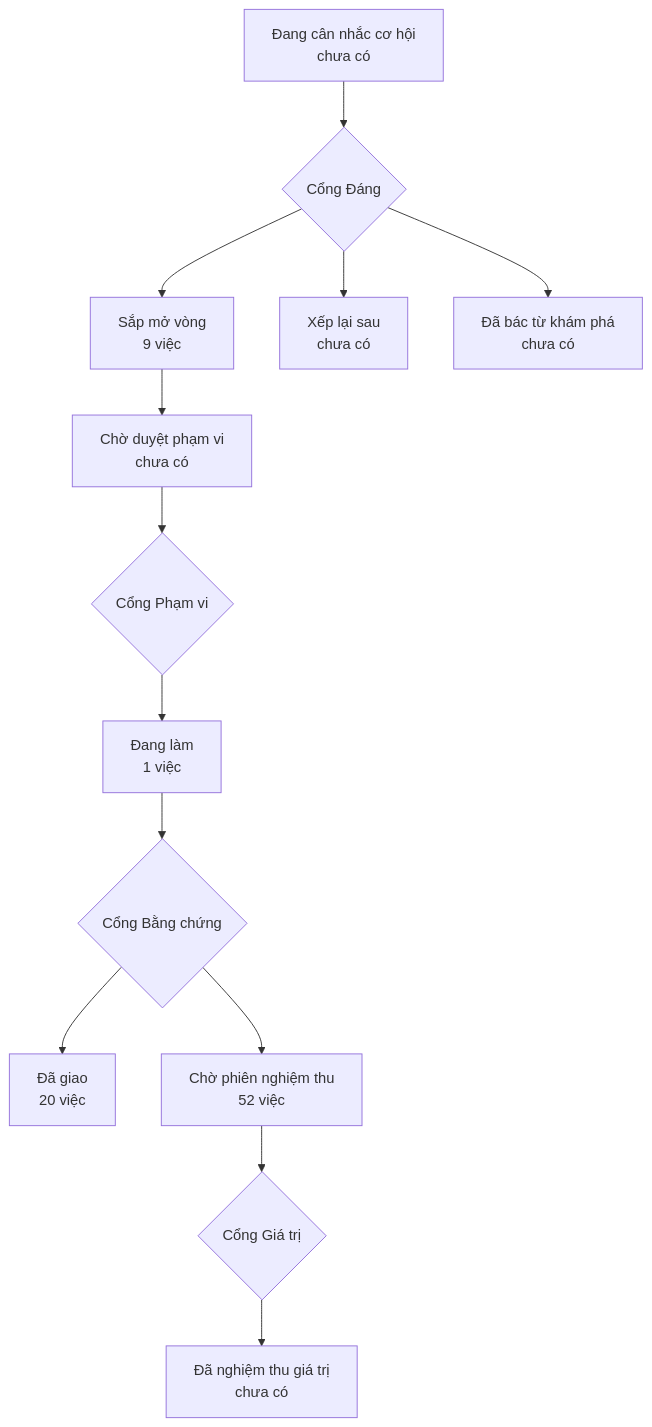
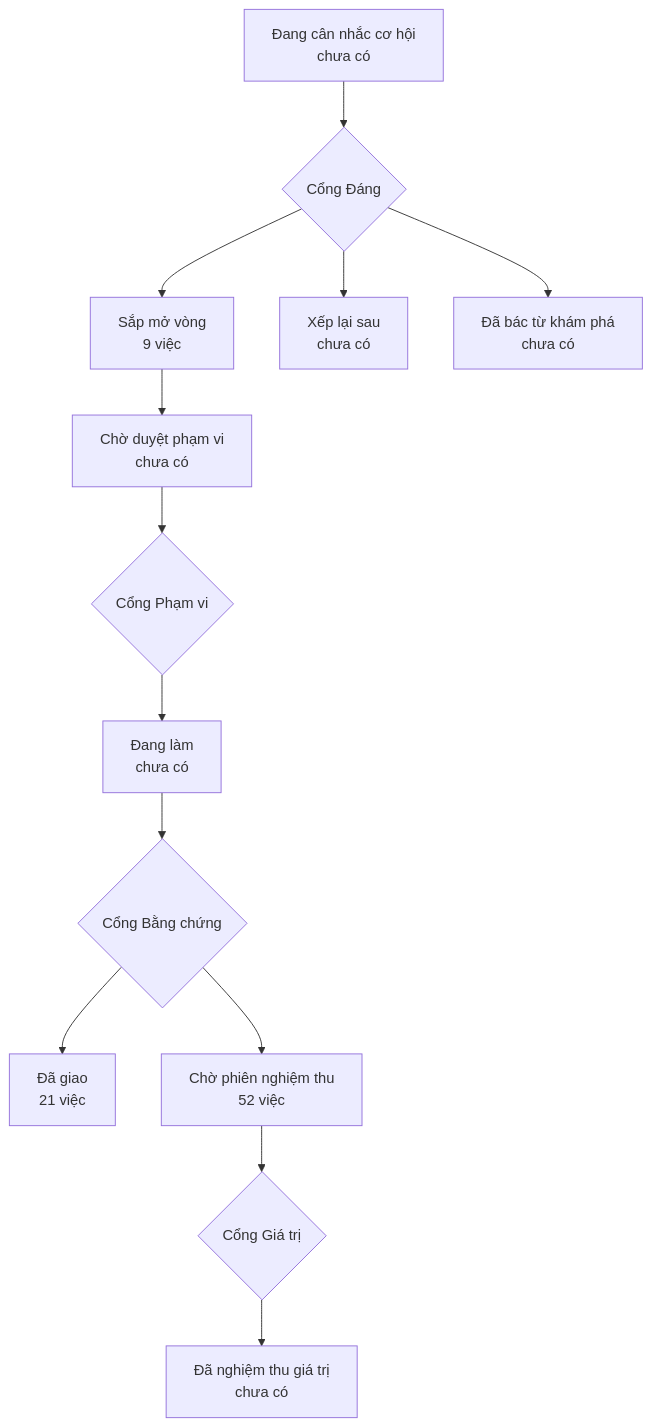
Before and after one commit to phanlemanh/onehub-inventory: the diagram in PRODUCT-MAP.md, drawn with Mermaid. The commit also changed other lines of this file and 4 other files, not shown here.

````diff
--- a/PRODUCT-MAP.md
+++ b/PRODUCT-MAP.md
@@ -7,12 +7,12 @@
 ```mermaid
 flowchart TD
   A["Đang cân nhắc cơ hội<br/>chưa có"] --> GD{"Cổng Đáng"}
   GD --> B["Sắp mở vòng<br/>9 việc"]
   GD --> XL["Xếp lại sau<br/>chưa có"]
   GD --> DB["Đã bác từ khám phá<br/>chưa có"]
   B --> CD["Chờ duyệt phạm vi<br/>chưa có"] --> GP{"Cổng Phạm vi"}
-  GP --> DL["Đang làm<br/>1 việc"] --> GB{"Cổng Bằng chứng"}
-  GB --> DG["Đã giao<br/>20 việc"]
+  GP --> DL["Đang làm<br/>chưa có"] --> GB{"Cổng Bằng chứng"}
+  GB --> DG["Đã giao<br/>21 việc"]
   GB --> CN["Chờ phiên nghiệm thu<br/>52 việc"] --> GG{"Cổng Giá trị"}
   GG --> NT["Đã nghiệm thu giá trị<br/>chưa có"]
 ```
````
